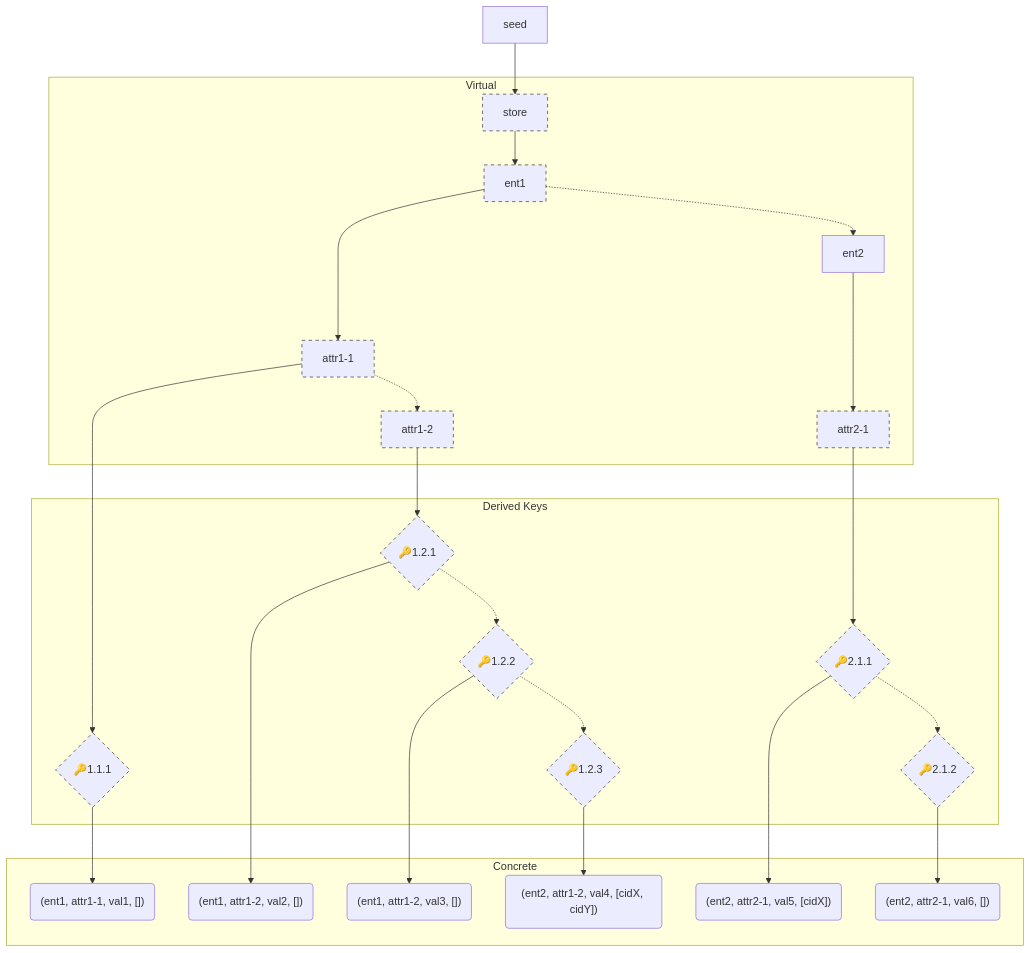
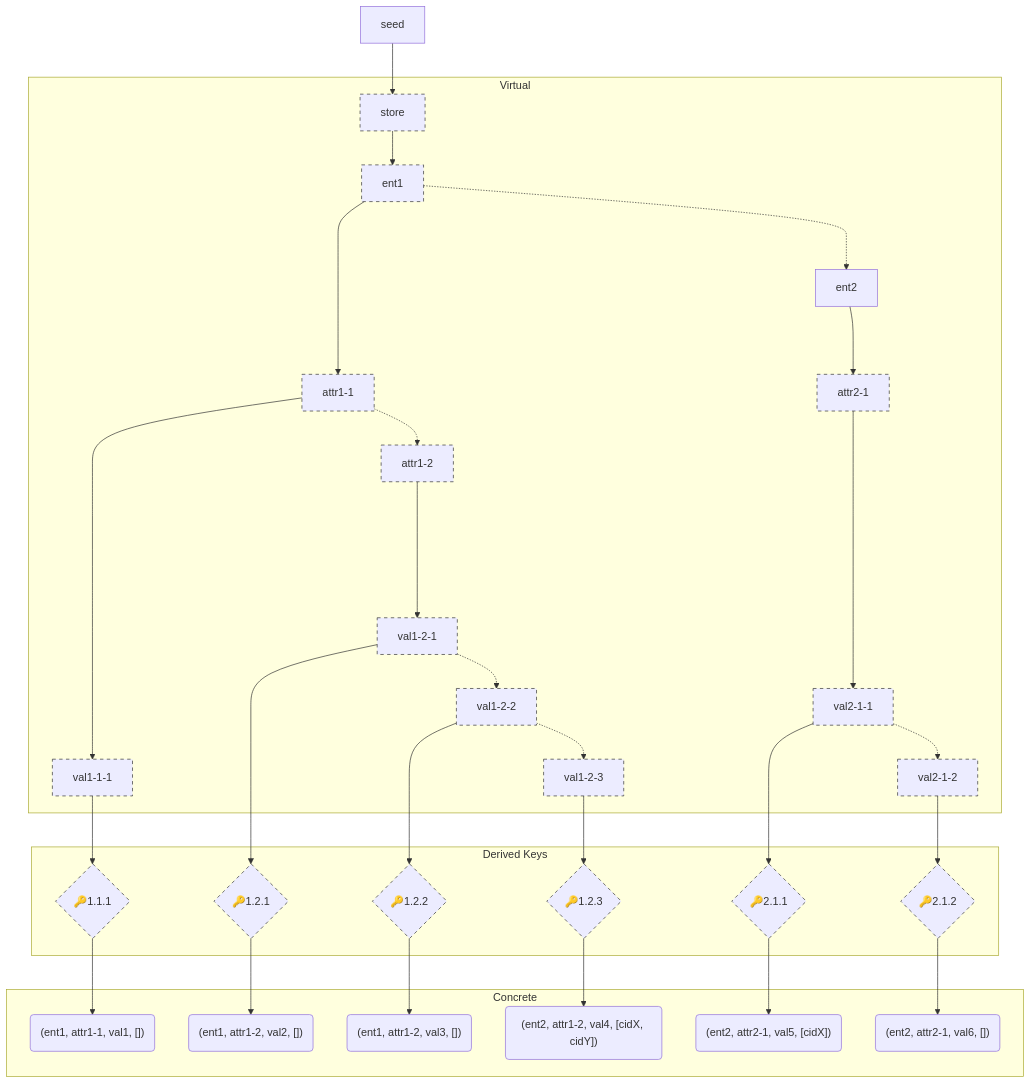
Before and after one commit to RhizomeDB/cryptable: the diagram in README.md, drawn with Mermaid. The commit also changed other lines of this file, not shown here.

````diff
--- a/README.md
+++ b/README.md
@@ -27,40 +43,49 @@
 ``` mermaid
 flowchart TD
     classDef virtual stroke:#333,stroke-dasharray: 5 5;
 
     seed --> store:::virtual
 
     subgraph Virtual
         store --> ent1:::virtual
-        ent1 -.-> ent2
-        ent1 ----> attr1-1:::virtual
-        ent2 ----> attr2-1:::virtual
+        ent1 -..-> ent2
+        ent1 ~~~ attr1-1:::virtual
+        ent1 ----> attr1-1
+        ent2 --> attr2-1:::virtual
+        ent2 ~~~~ attr1-1
         attr1-1 -.-> attr1-2:::virtual
+
+        val1-1-1:::virtual
+        val1-2-1:::virtual
+        val1-2-2:::virtual
+        val1-2-3:::virtual
+        val2-1-1:::virtual
+        val2-1-2:::virtual
     end
     
     subgraph Keys ["Derived Keys"]
         key1:::virtual
         key2:::virtual
         key3:::virtual
         key4:::virtual
         key5:::virtual
         key6:::virtual
     end
 
-    attr1-1 --> key1{"🔑1.1.1"} --> val1
-    attr1-2 --> key2{"🔑1.2.1"} --> val2
-    key2 -.-> key3{"🔑1.2.2"} --> val3
-    key3 -.-> key4{"🔑1.2.3"} --> val4
+    attr1-1 --> val1-1-1 --> key1{"🔑1.1.1"} --> val1
+    attr1-2 -----> val1-2-1 --> key2{"🔑1.2.1"} --> val2
+    val1-2-1 -.-> val1-2-2 --> key3{"🔑1.2.2"} --> val3
+    val1-2-2 -.-> val1-2-3 --> key4{"🔑1.2.3"} --> val4
 
-    attr2-1 --> key5{"🔑2.1.1"} --> val5
-    key5 -.-> key6{"🔑2.1.2"} --> val6
+    attr2-1 -------> val2-1-1 --> key5{"🔑2.1.1"} --> val5
+    val2-1-1 -.-> val2-1-2 --> key6{"🔑2.1.2"} --> val6
 
     subgraph Concrete
         val1("(ent1, attr1-1, val1, [])")
         val2("(ent1, attr1-2, val2, [])")
         val3("(ent1, attr1-2, val3, [])")
         val4("(ent2, attr1-2, val4, [cidX, cidY])")
         val5("(ent2, attr2-1, val5, [cidX])")
         val6("(ent2, attr2-1, val6, [])")
     end
 ```
````
